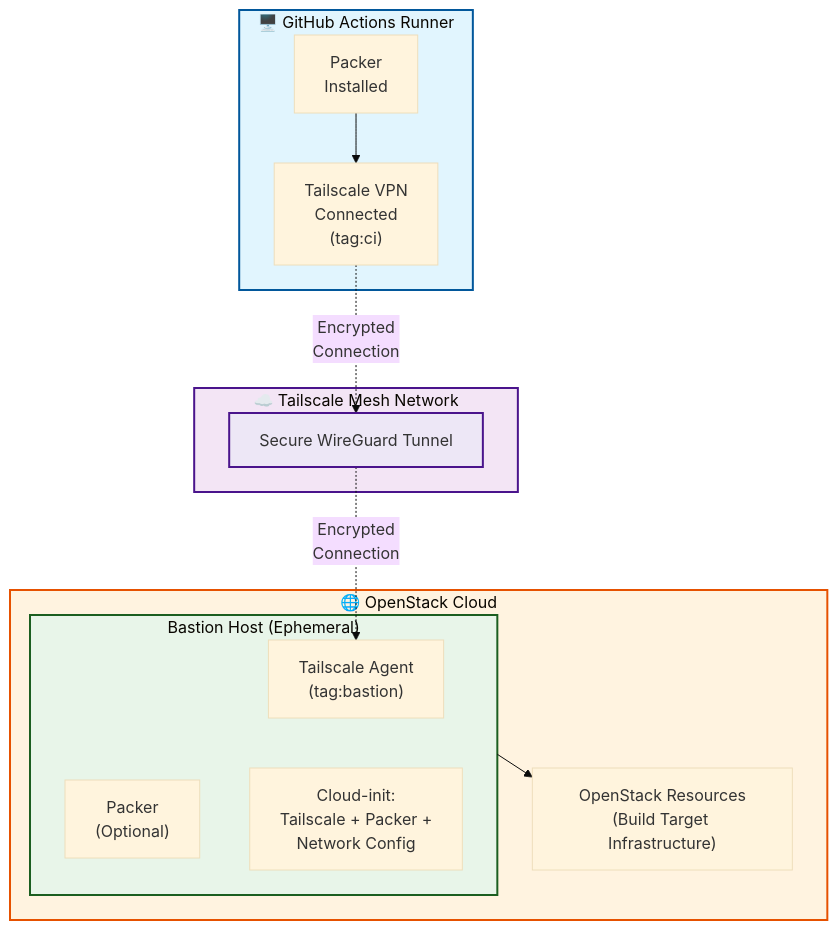
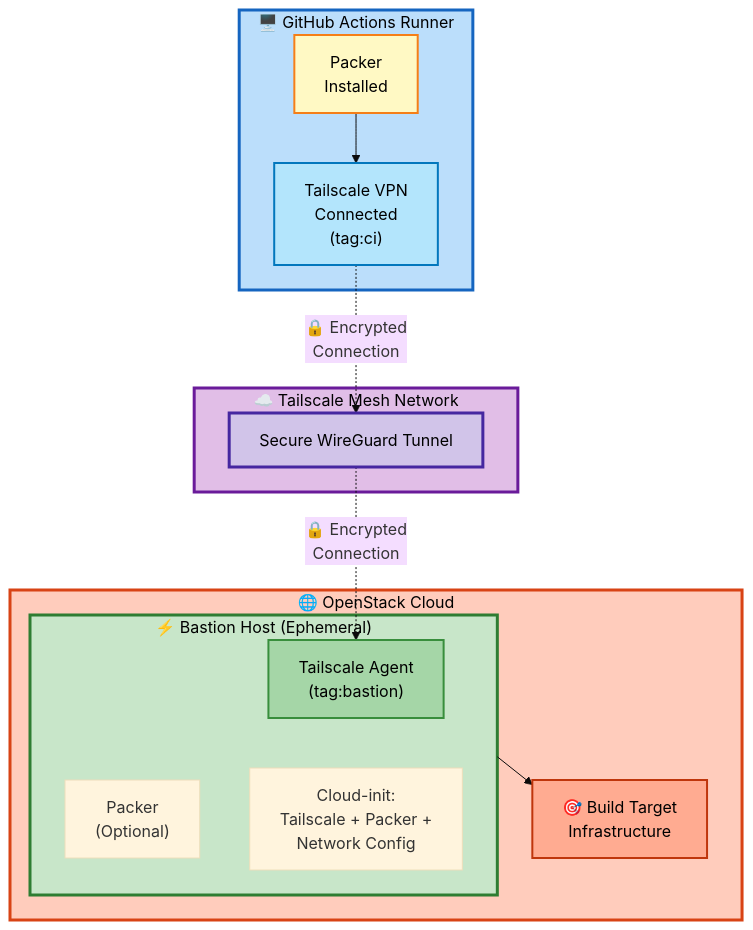
One commit to askb/tailscale-openstack-bastion-action changed the first of 2 diagrams in README.md. Above: the diagram before and after it, drawn with Mermaid (base theme). The commit also changed 3 other files, not shown here.

First line of the commit message:
docs: fix incorrect secret names and improve diagram colors (#17)

````diff
--- a/README.md
+++ b/README.md
@@ -23,35 +23,40 @@
 ```mermaid
 graph TB
     subgraph GitHub["🖥️ GitHub Actions Runner"]
         Packer["Packer<br/>Installed"]
         RunnerTS["Tailscale VPN<br/>Connected<br/>(tag:ci)"]
         Packer --> RunnerTS
     end
 
     subgraph Tailscale["☁️ Tailscale Mesh Network"]
         VPN["Secure WireGuard Tunnel"]
     end
 
-    RunnerTS -.->|Encrypted<br/>Connection| VPN
+    RunnerTS -.->|🔒 Encrypted<br/>Connection| VPN
 
     subgraph OpenStack["🌐 OpenStack Cloud"]
-        subgraph Bastion["Bastion Host (Ephemeral)"]
+        subgraph Bastion["⚡ Bastion Host (Ephemeral)"]
             BastionTS["Tailscale Agent<br/>(tag:bastion)"]
             PackerOpt["Packer<br/>(Optional)"]
             CloudInit["Cloud-init:<br/>Tailscale + Packer +<br/>Network Config"]
             BastionTS ~~~ PackerOpt
             BastionTS ~~~ CloudInit
         end
 
-        Resources["OpenStack Resources<br/>(Build Target Infrastructure)"]
+        Resources["🎯 Build Target<br/>Infrastructure"]
         Bastion --> Resources
     end
 
-    VPN -.->|Encrypted<br/>Connection| BastionTS
+    VPN -.->|🔒 Encrypted<br/>Connection| BastionTS
 
-    style GitHub fill:#e1f5fe,stroke:#01579b,stroke-width:2px
-    style OpenStack fill:#fff3e0,stroke:#e65100,stroke-width:2px
-    style Tailscale fill:#f3e5f5,stroke:#4a148c,stroke-width:2px
-    style Bastion fill:#e8f5e9,stroke:#1b5e20,stroke-width:2px
-    style VPN fill:#ede7f6,stroke:#4a148c,stroke-width:2px
+    %% Modern color scheme with better contrast
+    style GitHub fill:#bbdefb,stroke:#1565c0,stroke-width:3px,color:#000
+    style OpenStack fill:#ffccbc,stroke:#d84315,stroke-width:3px,color:#000
+    style Tailscale fill:#e1bee7,stroke:#6a1b9a,stroke-width:3px,color:#000
+    style Bastion fill:#c8e6c9,stroke:#2e7d32,stroke-width:3px,color:#000
+    style VPN fill:#d1c4e9,stroke:#4527a0,stroke-width:3px,color:#000
+    style Packer fill:#fff9c4,stroke:#f57f17,stroke-width:2px,color:#000
+    style RunnerTS fill:#b3e5fc,stroke:#0277bd,stroke-width:2px,color:#000
+    style BastionTS fill:#a5d6a7,stroke:#388e3c,stroke-width:2px,color:#000
+    style Resources fill:#ffab91,stroke:#bf360c,stroke-width:2px,color:#000
 ```
````
